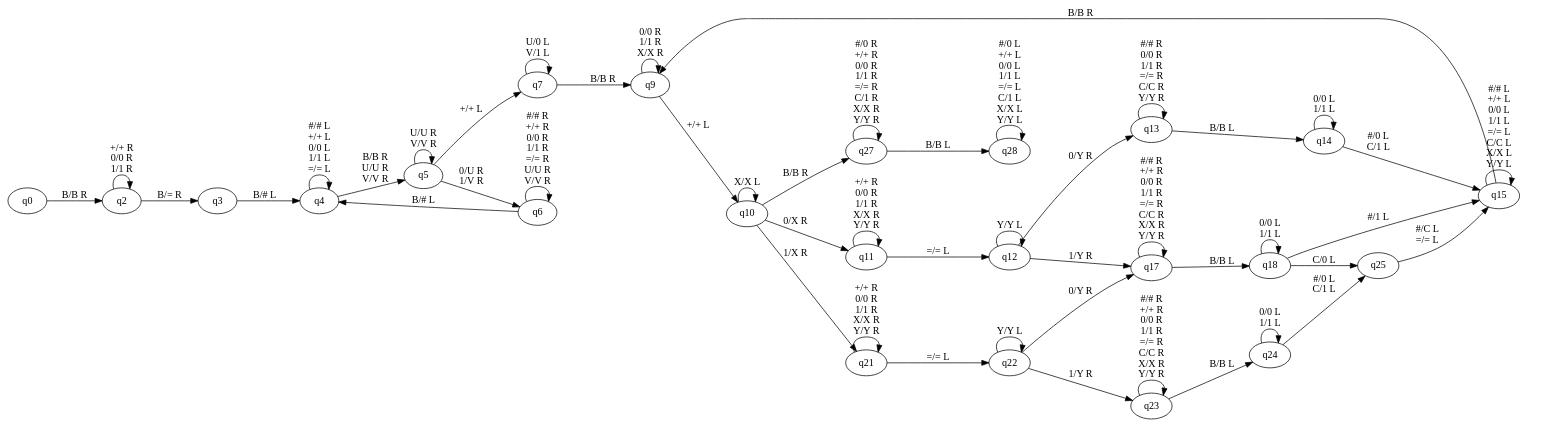
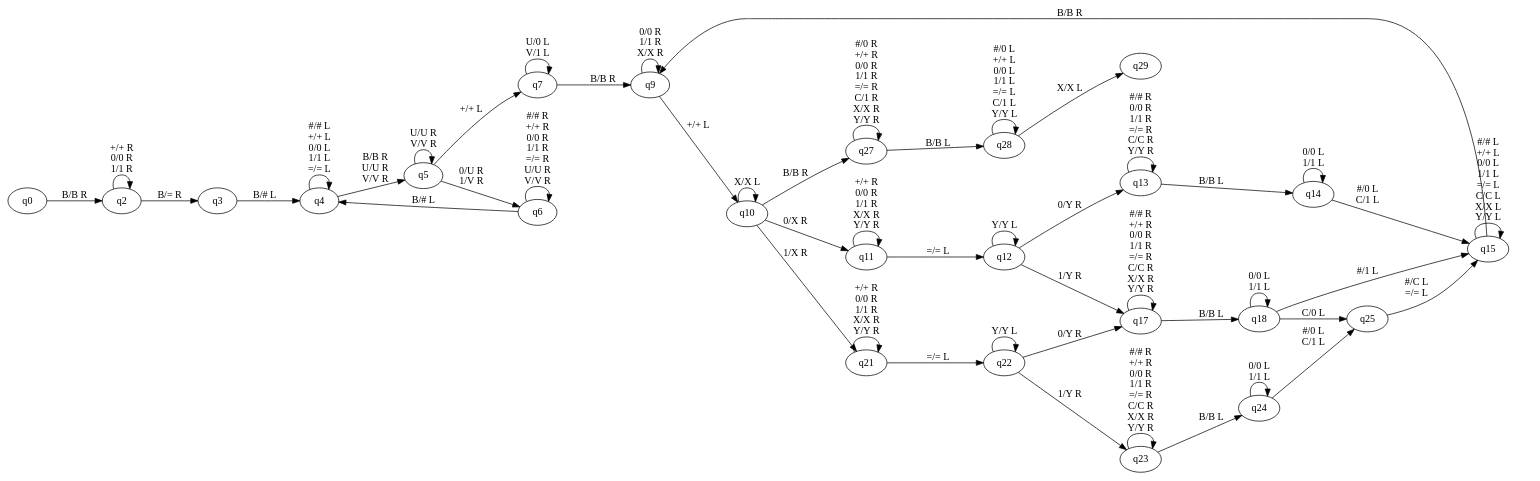
Before and after one commit to bcookOh1/TuringMachineSimulator: the diagram in exes/img/BinaryAddition.gv, drawn with Graphviz. The commit also changed 4 other files, not shown here.

```diff
--- a/exes/img/BinaryAddition.gv
+++ b/exes/img/BinaryAddition.gv
@@ -1,76 +1,78 @@
 digraph { 
  // dot -Tsvg gvFilename.gv -o gvImage.svg
- // states:q0,q10,q11,q12,q13,q14,q15,q17,q18,q2,q21,q22,q23,q24,q25,q27,q28,q3,q4,q5,q6,q7,q9
+ // states:q0,q10,q11,q12,q13,q14,q15,q17,q18,q2,q21,q22,q23,q24,q25,q27,q28,q29,q3,q4,q5,q6,q7,q9
    rankdir = LR
    q0 [color="#000003"];
    q10 [color="#000003"];
    q11 [color="#000003"];
    q12 [color="#000003"];
    q13 [color="#000003"];
    q14 [color="#000003"];
    q15 [color="#000003"];
    q17 [color="#000003"];
    q18 [color="#000003"];
    q2 [color="#000003"];
    q21 [color="#000003"];
    q22 [color="#000003"];
    q23 [color="#000003"];
    q24 [color="#000003"];
    q25 [color="#000003"];
    q27 [color="#000003"];
    q28 [color="#000003"];
+   q29 [color="#000003"];
    q3 [color="#000003"];
    q4 [color="#000003"];
    q5 [color="#000003"];
    q6 [color="#000003"];
    q7 [color="#000003"];
    q9 [color="#000003"];
    q0 -> q2 [label="B/B R"]; 
    q10 -> q10 [label="X/X L"]; 
    q10 -> q11 [label="0/X R"]; 
    q10 -> q21 [label="1/X R"]; 
    q10 -> q27 [label="B/B R"]; 
    q11 -> q11 [label="+/+ R\n0/0 R\n1/1 R\nX/X R\nY/Y R"]; 
    q11 -> q12 [label="=/= L"]; 
    q12 -> q12 [label="Y/Y L"]; 
    q12 -> q13 [label="0/Y R"]; 
    q12 -> q17 [label="1/Y R"]; 
    q13 -> q13 [label="#/# R\n0/0 R\n1/1 R\n=/= R\nC/C R\nY/Y R"]; 
    q13 -> q14 [label="B/B L"]; 
    q14 -> q14 [label="0/0 L\n1/1 L"]; 
    q14 -> q15 [label="#/0 L\nC/1 L"]; 
    q15 -> q15 [label="#/# L\n+/+ L\n0/0 L\n1/1 L\n=/= L\nC/C L\nX/X L\nY/Y L"]; 
    q15 -> q9 [label="B/B R"]; 
    q17 -> q17 [label="#/# R\n+/+ R\n0/0 R\n1/1 R\n=/= R\nC/C R\nX/X R\nY/Y R"]; 
    q17 -> q18 [label="B/B L"]; 
    q18 -> q15 [label="#/1 L"]; 
    q18 -> q18 [label="0/0 L\n1/1 L"]; 
    q18 -> q25 [label="C/0 L"]; 
    q2 -> q2 [label="+/+ R\n0/0 R\n1/1 R"]; 
    q2 -> q3 [label="B/= R"]; 
    q21 -> q21 [label="+/+ R\n0/0 R\n1/1 R\nX/X R\nY/Y R"]; 
    q21 -> q22 [label="=/= L"]; 
    q22 -> q17 [label="0/Y R"]; 
    q22 -> q22 [label="Y/Y L"]; 
    q22 -> q23 [label="1/Y R"]; 
    q23 -> q23 [label="#/# R\n+/+ R\n0/0 R\n1/1 R\n=/= R\nC/C R\nX/X R\nY/Y R"]; 
    q23 -> q24 [label="B/B L"]; 
    q24 -> q24 [label="0/0 L\n1/1 L"]; 
    q24 -> q25 [label="#/0 L\nC/1 L"]; 
    q25 -> q15 [label="#/C L\n=/= L"]; 
    q27 -> q27 [label="#/0 R\n+/+ R\n0/0 R\n1/1 R\n=/= R\nC/1 R\nX/X R\nY/Y R"]; 
    q27 -> q28 [label="B/B L"]; 
-   q28 -> q28 [label="#/0 L\n+/+ L\n0/0 L\n1/1 L\n=/= L\nC/1 L\nX/X L\nY/Y L"]; 
+   q28 -> q28 [label="#/0 L\n+/+ L\n0/0 L\n1/1 L\n=/= L\nC/1 L\nY/Y L"]; 
+   q28 -> q29 [label="X/X L"]; 
    q3 -> q4 [label="B/# L"]; 
    q4 -> q4 [label="#/# L\n+/+ L\n0/0 L\n1/1 L\n=/= L"]; 
    q4 -> q5 [label="B/B R\nU/U R\nV/V R"]; 
    q5 -> q5 [label="U/U R\nV/V R"]; 
    q5 -> q6 [label="0/U R\n1/V R"]; 
    q5 -> q7 [label="+/+ L"]; 
    q6 -> q4 [label="B/# L"]; 
    q6 -> q6 [label="#/# R\n+/+ R\n0/0 R\n1/1 R\n=/= R\nU/U R\nV/V R"]; 
    q7 -> q7 [label="U/0 L\nV/1 L"]; 
    q7 -> q9 [label="B/B R"]; 
    q9 -> q10 [label="+/+ L"]; 
    q9 -> q9 [label="0/0 R\n1/1 R\nX/X R"]; 
 }
```
